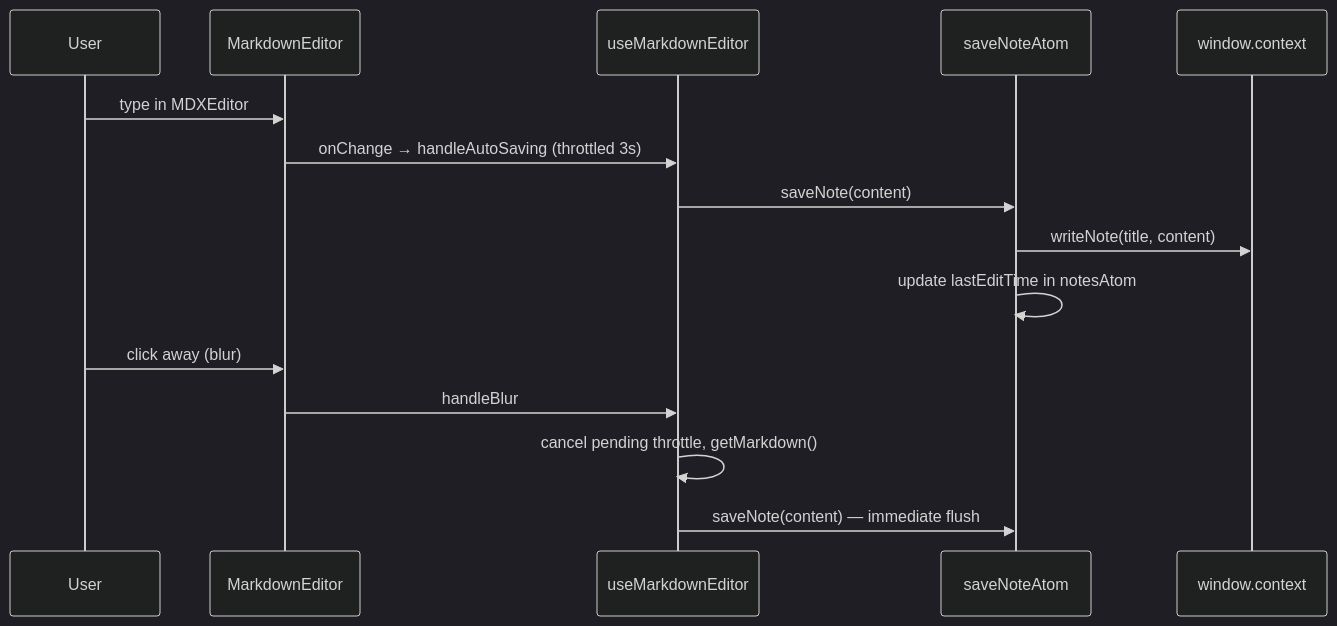
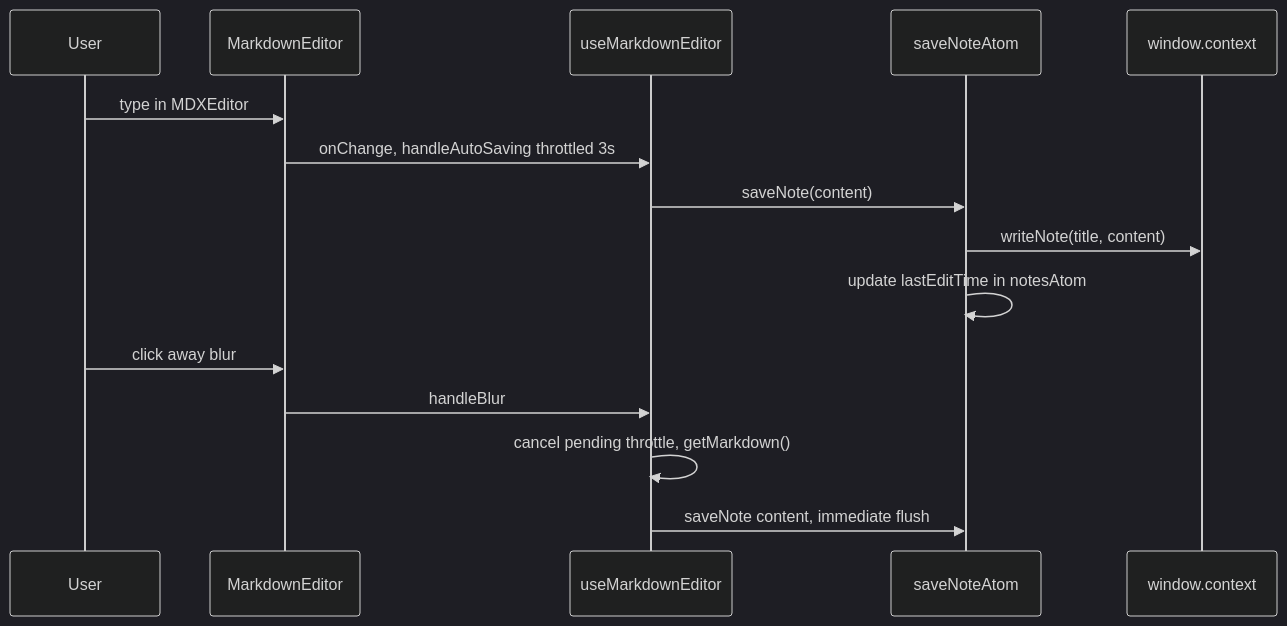
One commit to MilanMolnar/NoteApp changed the third of 5 diagrams in note-app/DEVELOPER.md. Above: the diagram before and after it, drawn with Mermaid (dark theme). The commit also changed other lines of this file, not shown here.

Commit message:
Fix Mermaid diagrams for GitHub rendering compatibility

````diff
--- a/note-app/DEVELOPER.md
+++ b/note-app/DEVELOPER.md
@@ -190,19 +190,19 @@
 ```mermaid
 sequenceDiagram
     participant User
     participant Editor as MarkdownEditor
     participant Hook as useMarkdownEditor
     participant Store as saveNoteAtom
     participant IPC as window.context
 
     User->>Editor: type in MDXEditor
-    Editor->>Hook: onChange → handleAutoSaving (throttled 3s)
+    Editor->>Hook: onChange, handleAutoSaving throttled 3s
     Hook->>Store: saveNote(content)
     Store->>IPC: writeNote(title, content)
     Store->>Store: update lastEditTime in notesAtom
 
-    User->>Editor: click away (blur)
+    User->>Editor: click away blur
     Editor->>Hook: handleBlur
     Hook->>Hook: cancel pending throttle, getMarkdown()
-    Hook->>Store: saveNote(content) — immediate flush
+    Hook->>Store: saveNote content, immediate flush
 ```
````
